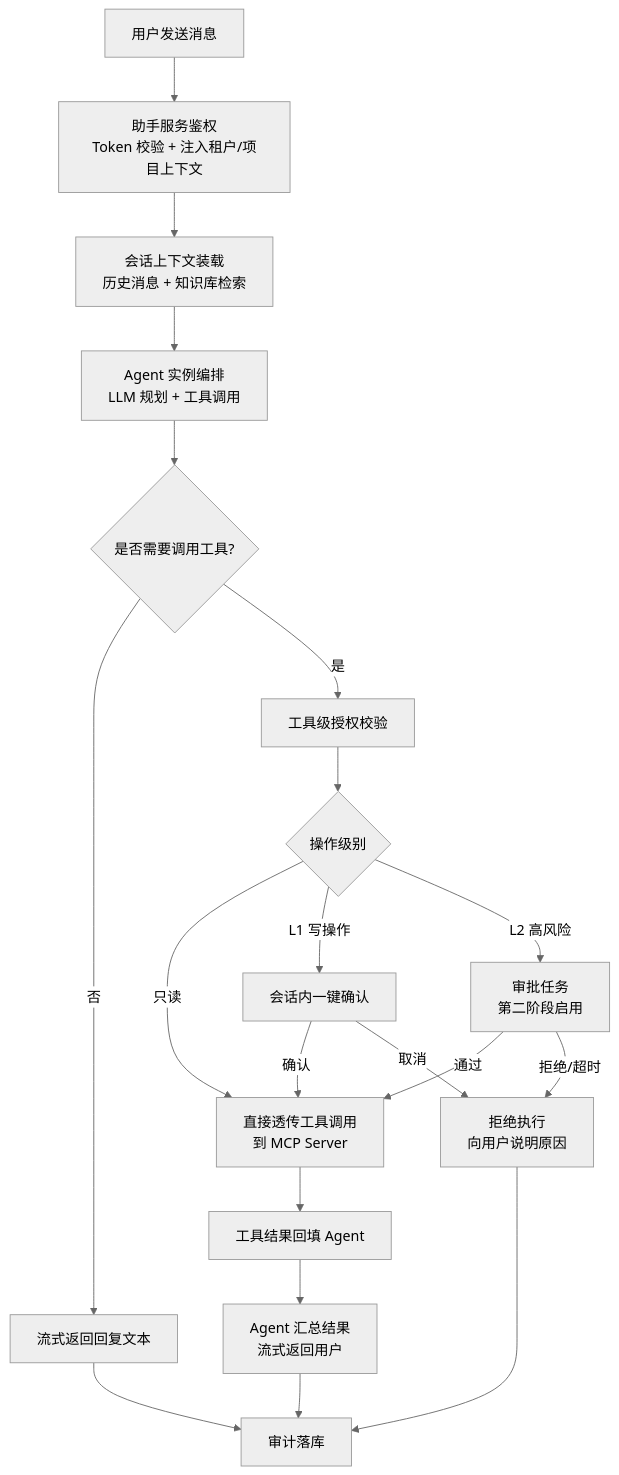
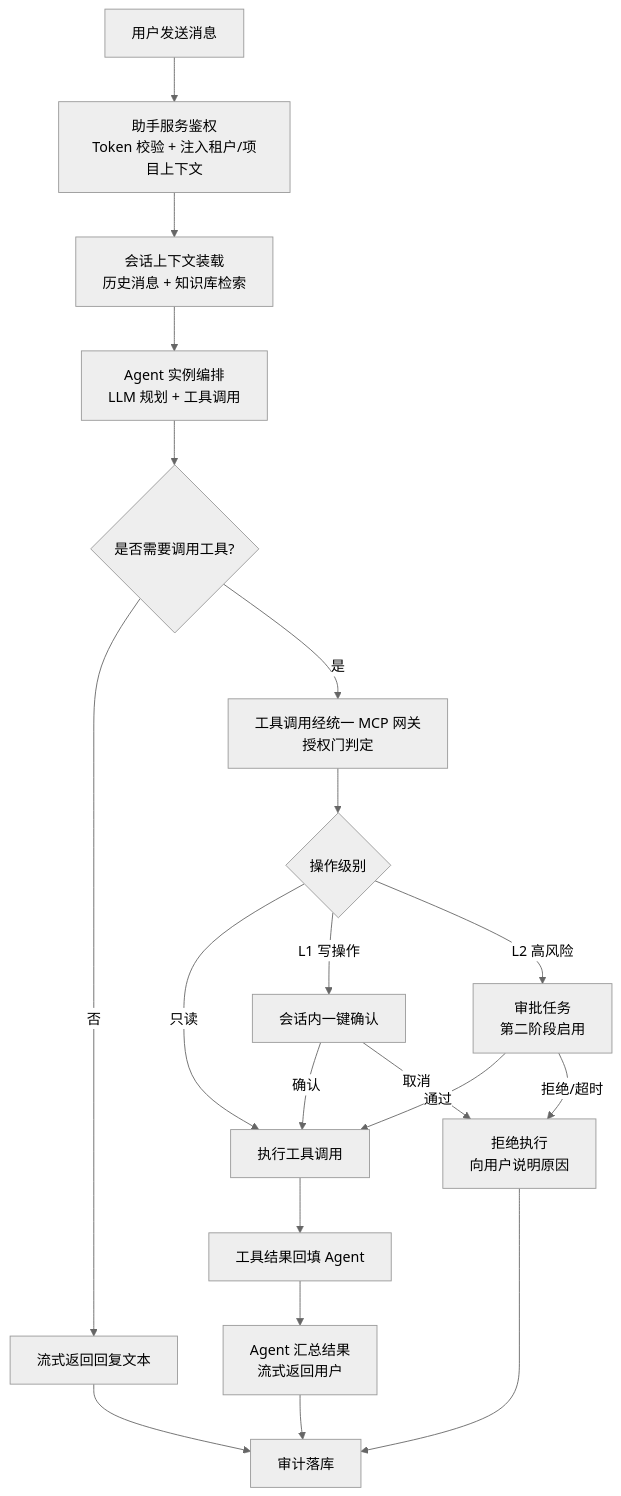
Before and after one commit to suanova/cubepilot: the first of 14 diagrams in docs/CubeStack 平台智能助手模块详细设计文档.md, drawn with Mermaid (neutral theme). The commit also changed other lines of this file, not shown here.

Commit message:
docs: refine CubePilot design — naming, MCP gateway routing, dry-run & key CRD protection

````diff
--- a/docs/CubeStack 平台智能助手模块详细设计文档.md
+++ b/docs/CubeStack 平台智能助手模块详细设计文档.md
@@ -247,22 +254,22 @@
 ```mermaid
 flowchart TD
     A[用户发送消息] --> B[助手服务鉴权<br/>Token 校验 + 注入租户/项目上下文]
     B --> C[会话上下文装载<br/>历史消息 + 知识库检索]
     C --> D[Agent 实例编排<br/>LLM 规划 + 工具调用]
     D --> E{是否需要调用工具?}
     E -->|否| F[流式返回回复文本]
-    E -->|是| G[工具级授权校验]
+    E -->|是| G[工具调用经统一 MCP 网关<br/>授权门判定]
     G --> H{操作级别}
-    H -->|只读| I[直接透传工具调用<br/>到 MCP Server]
+    H -->|只读| I[执行工具调用]
     H -->|L1 写操作| J[会话内一键确认]
     J -->|确认| I
     J -->|取消| L[拒绝执行<br/>向用户说明原因]
     H -->|L2 高风险| A2[审批任务<br/>第二阶段启用]
     A2 -->|通过| I
     A2 -->|拒绝/超时| L
     I --> M[工具结果回填 Agent]
     M --> N[Agent 汇总结果<br/>流式返回用户]
     F --> O[审计落库]
     L --> O
     N --> O
 ```
````
